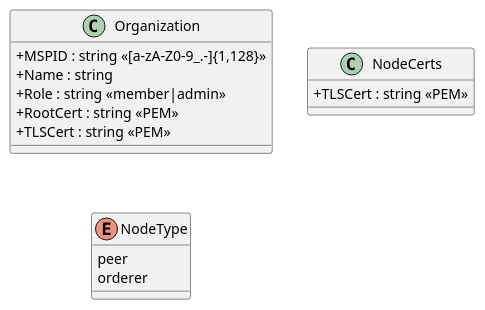
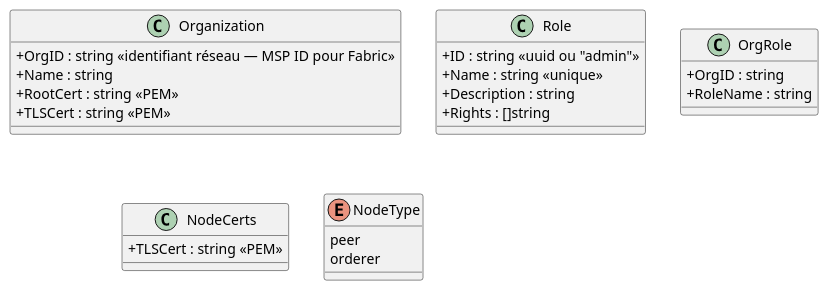
One commit to olivaux/myr changed the third of 6 diagrams in specs/3-Conception/DC_CLI_Admin.md. Above: the diagram before and after it, drawn with PlantUML. The commit also changed other lines of this file and 12 other files, not shown here.

````diff
--- a/specs/3-Conception/DC_CLI_Admin.md
+++ b/specs/3-Conception/DC_CLI_Admin.md
@@ -556,22 +754,33 @@
 ```plantuml
 @startuml
 skinparam classAttributeIconSize 0
 
 class Organization {
-  + MSPID : string <<[a-zA-Z0-9_.-]{1,128}>>
+  + OrgID : string <<identifiant réseau — MSP ID pour Fabric>>
   + Name : string
-  + Role : string <<member|admin>>
   + RootCert : string <<PEM>>
   + TLSCert : string <<PEM>>
+}
+
+class Role {
+  + ID : string <<uuid ou "admin">>
+  + Name : string <<unique>>
+  + Description : string
+  + Rights : []string
+}
+
+class OrgRole {
+  + OrgID : string
+  + RoleName : string
 }
 
 class NodeCerts {
   + TLSCert : string <<PEM>>
 }
 
 enum NodeType {
   peer
   orderer
 }
 @enduml
 ```
````
